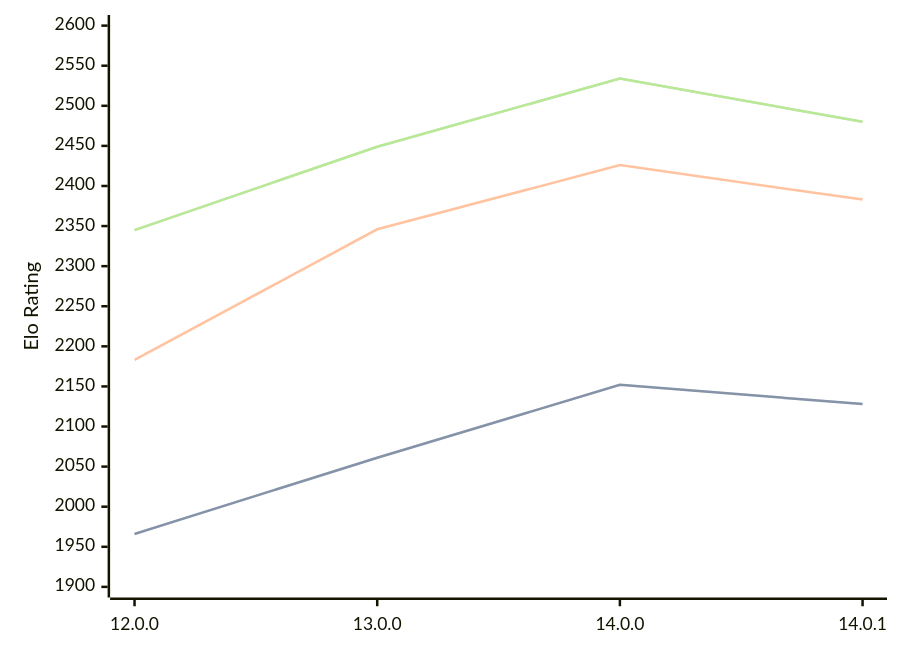
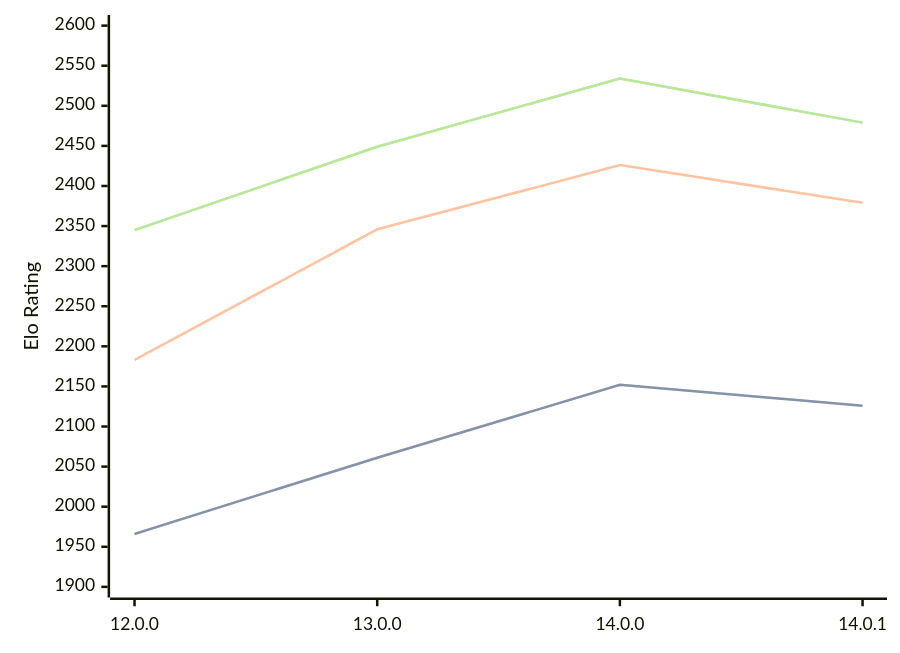
The diagram in engines/Cepimetheus.md (computer-chess-index/cci), drawn with Mermaid before and after one commit. The commit also changed other lines of this file, not shown here.

Commit message:
Update CCI Ratings (ELO VLTC) - 2026-08-09

````diff
--- a/engines/Cepimetheus.md
+++ b/engines/Cepimetheus.md
@@ -65,11 +65,11 @@
 ```mermaid
 %%{init: {"theme":"base","themeVariables":{"seriesColors:['#a3a3a3','#222221','#faa371']}}}%%
 xychart-beta
   x-axis ["12.0.0", "13.0.0", "14.0.0", "14.0.1"]
   y-axis "Elo Rating" 1900 --> 2600
-  line "STC (8.0+0.08s)" [1966, 2061, 2152, 2128]
-  line "STC (8.0+0.08s)" [1966, 2061, 2152, 2128]
-  line "LTC (60.0+0.60s)" [2183, 2346, 2426, 2383]
-  line "VLTC (2m24s+1.12s)" [2345, 2449, 2534, 2480]
-  line "VLTC (2m24s+1.12s)" [2345, 2449, 2534, 2480]
+  line "STC (8.0+0.08s)" [1966, 2061, 2152, 2126]
+  line "STC (8.0+0.08s)" [1966, 2061, 2152, 2126]
+  line "LTC (60.0+0.60s)" [2183, 2346, 2426, 2379]
+  line "VLTC (2m24s+1.12s)" [2345, 2449, 2534, 2479]
+  line "VLTC (2m24s+1.12s)" [2345, 2449, 2534, 2479]
 ```
````
